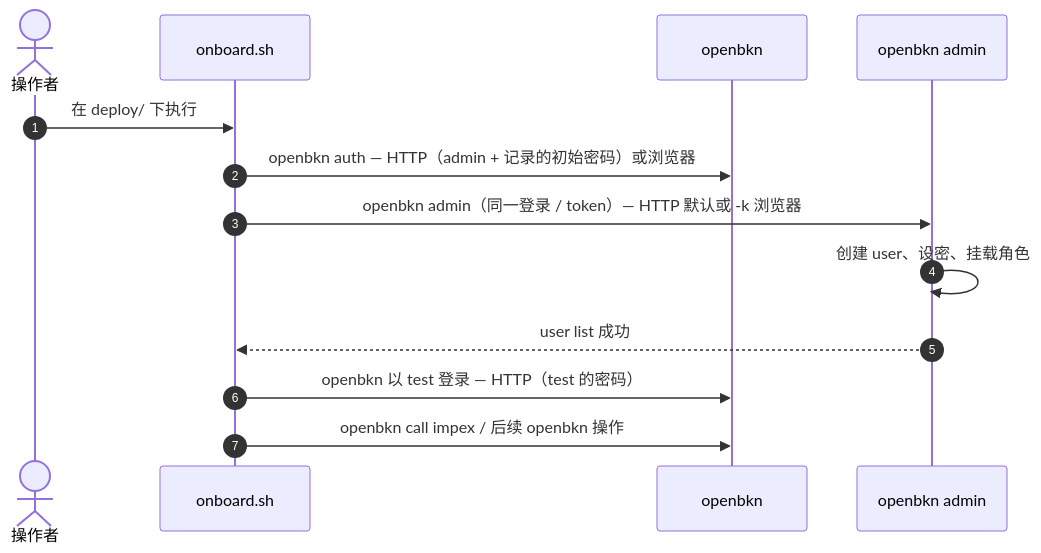
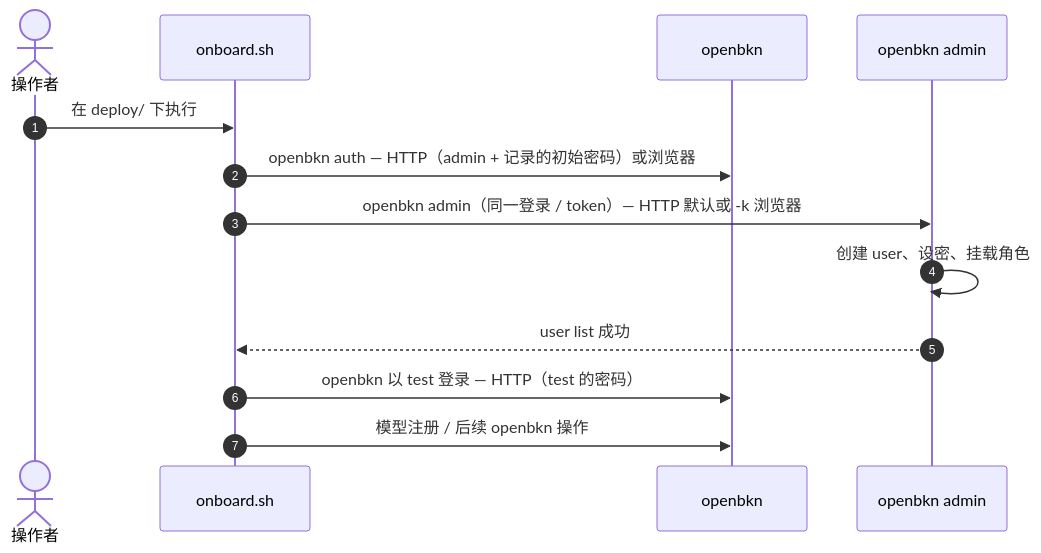
Before and after one commit to openbkn-ai/bkn-foundry: the third of 3 diagrams in help/zh/install.md, drawn with Mermaid. The commit also changed other lines of this file and 3 other files, not shown here.

````diff
--- a/help/zh/install.md
+++ b/help/zh/install.md
@@ -332,15 +332,15 @@
 ```mermaid
 sequenceDiagram
   autonumber
   actor U as 操作者
   participant O as onboard.sh
   participant K as openbkn
   participant A as openbkn admin
   U->>O: 在 deploy/ 下执行
   O->>K: openbkn auth — HTTP（admin + 记录的初始密码）或浏览器
   O->>A: openbkn admin（同一登录 / token）— HTTP 默认或 -k 浏览器
   A->>A: 创建 user、设密、挂载角色
   A-->>O: user list 成功
   O->>K: openbkn 以 test 登录 — HTTP（test 的密码）
-  O->>K: openbkn call impex / 后续 openbkn 操作
+  O->>K: 模型注册 / 后续 openbkn 操作
 ```
````
